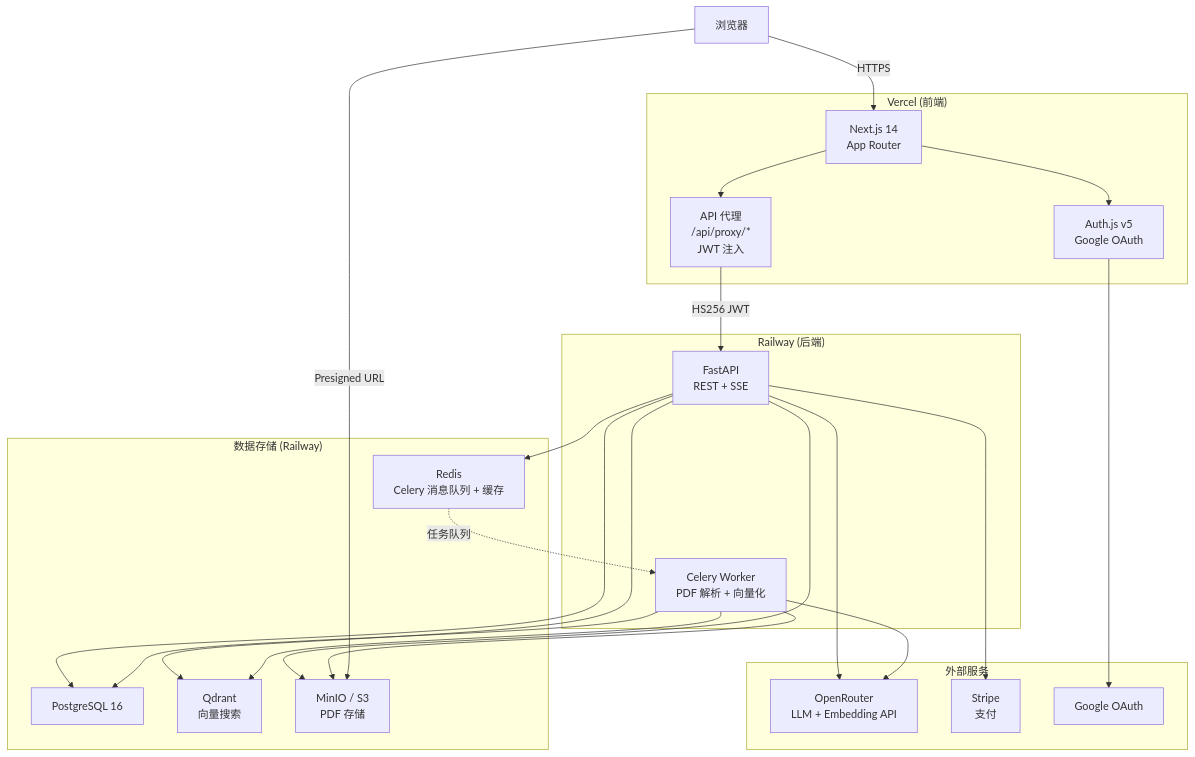
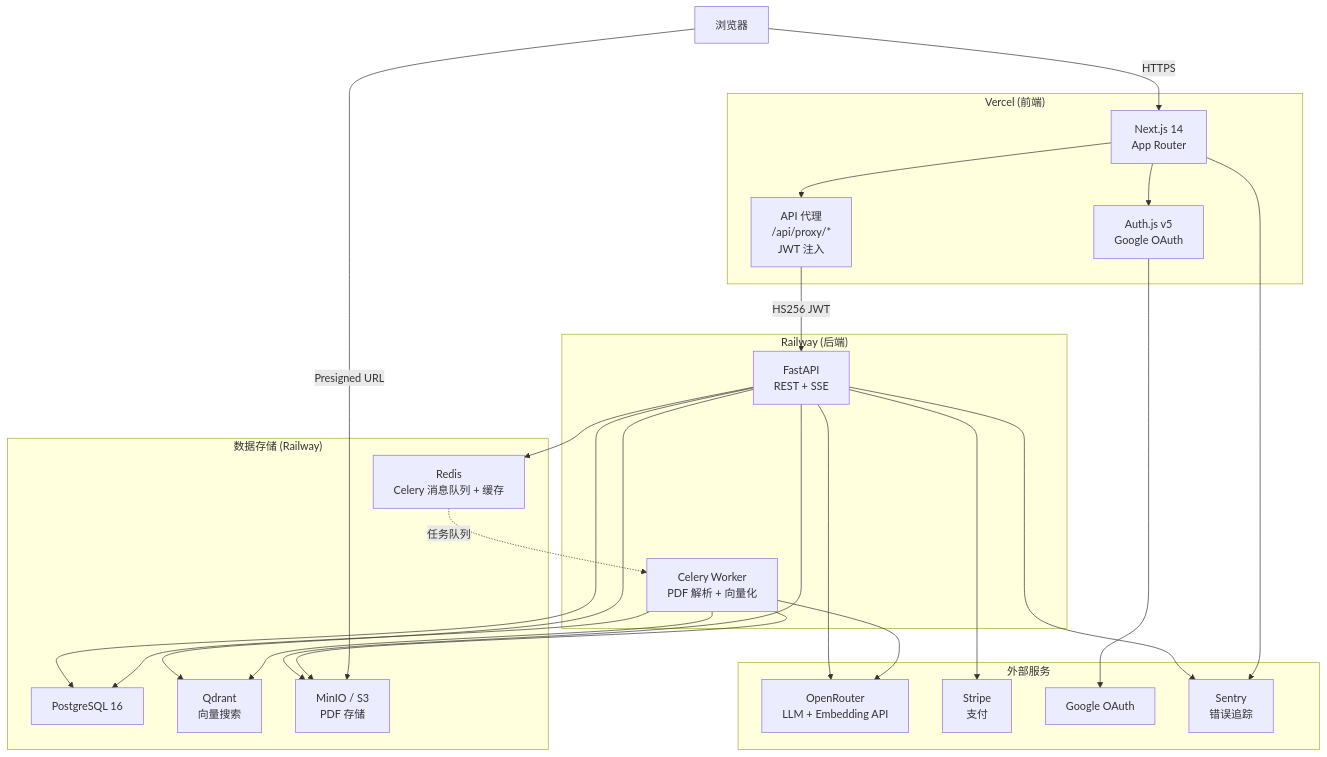
One commit to Rswcf/DocTalk changed the first of 8 diagrams in docs/ARCHITECTURE.zh.md. Above: the diagram before and after it, drawn with Mermaid. The commit also changed other lines of this file and 4 other files, not shown here.

````diff
--- a/docs/ARCHITECTURE.zh.md
+++ b/docs/ARCHITECTURE.zh.md
@@ -11,46 +11,49 @@
 ```mermaid
 graph TB
     Browser["浏览器"]
 
     subgraph Vercel["Vercel (前端)"]
         NextJS["Next.js 14<br/>App Router"]
         AuthJS["Auth.js v5<br/>Google OAuth"]
         Proxy["API 代理<br/>/api/proxy/*<br/>JWT 注入"]
     end
 
     subgraph Railway["Railway (后端)"]
         FastAPI["FastAPI<br/>REST + SSE"]
         Celery["Celery Worker<br/>PDF 解析 + 向量化"]
     end
 
     subgraph DataStores["数据存储 (Railway)"]
         PG["PostgreSQL 16"]
         Qdrant["Qdrant<br/>向量搜索"]
         Redis["Redis<br/>Celery 消息队列 + 缓存"]
         MinIO["MinIO / S3<br/>PDF 存储"]
     end
 
     subgraph External["外部服务"]
         OpenRouter["OpenRouter<br/>LLM + Embedding API"]
         Stripe["Stripe<br/>支付"]
         Google["Google OAuth"]
+        Sentry["Sentry<br/>错误追踪"]
     end
 
     Browser -->|HTTPS| NextJS
     NextJS --> AuthJS
     NextJS --> Proxy
     Proxy -->|HS256 JWT| FastAPI
     FastAPI --> PG
     FastAPI --> Qdrant
     FastAPI --> Redis
     FastAPI --> MinIO
     FastAPI --> OpenRouter
     FastAPI --> Stripe
     Celery --> PG
     Celery --> Qdrant
     Celery --> MinIO
     Celery --> OpenRouter
     Redis -.->|任务队列| Celery
     AuthJS --> Google
+    FastAPI --> Sentry
+    NextJS --> Sentry
     Browser -->|Presigned URL| MinIO
 ```
````
